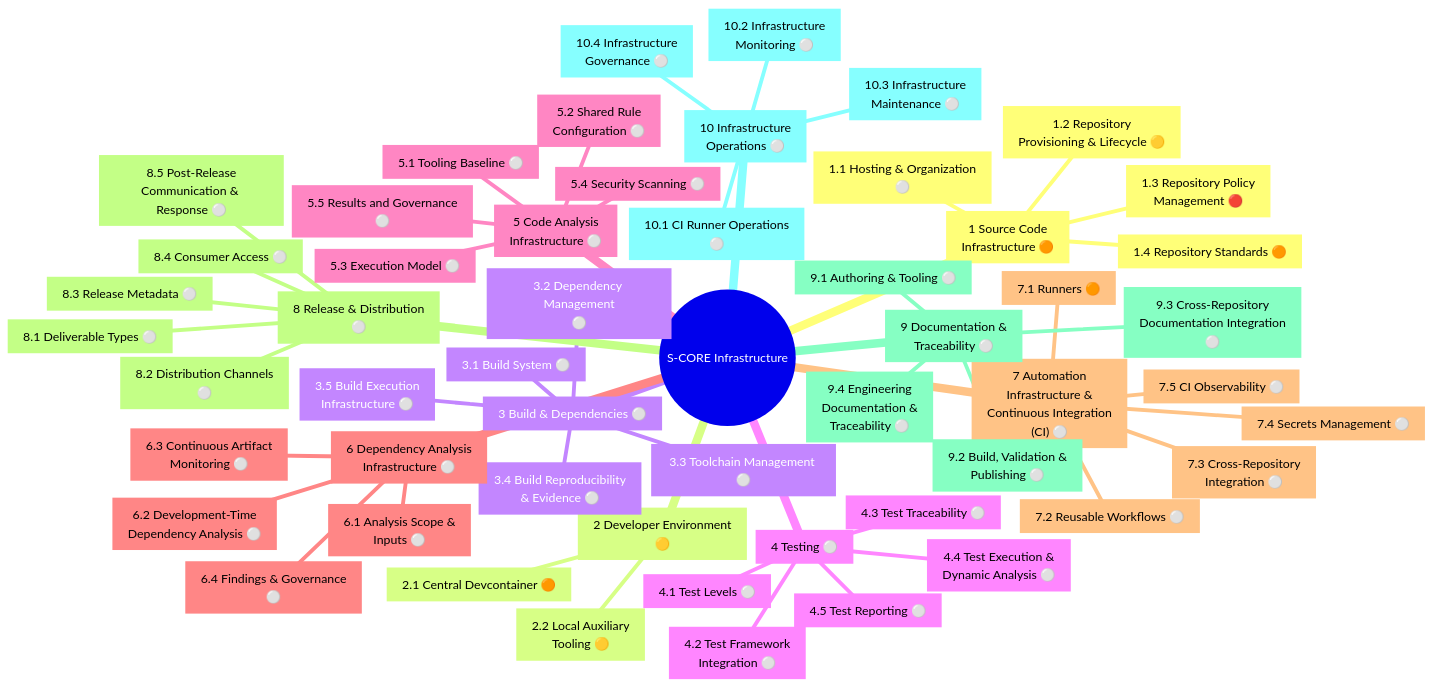
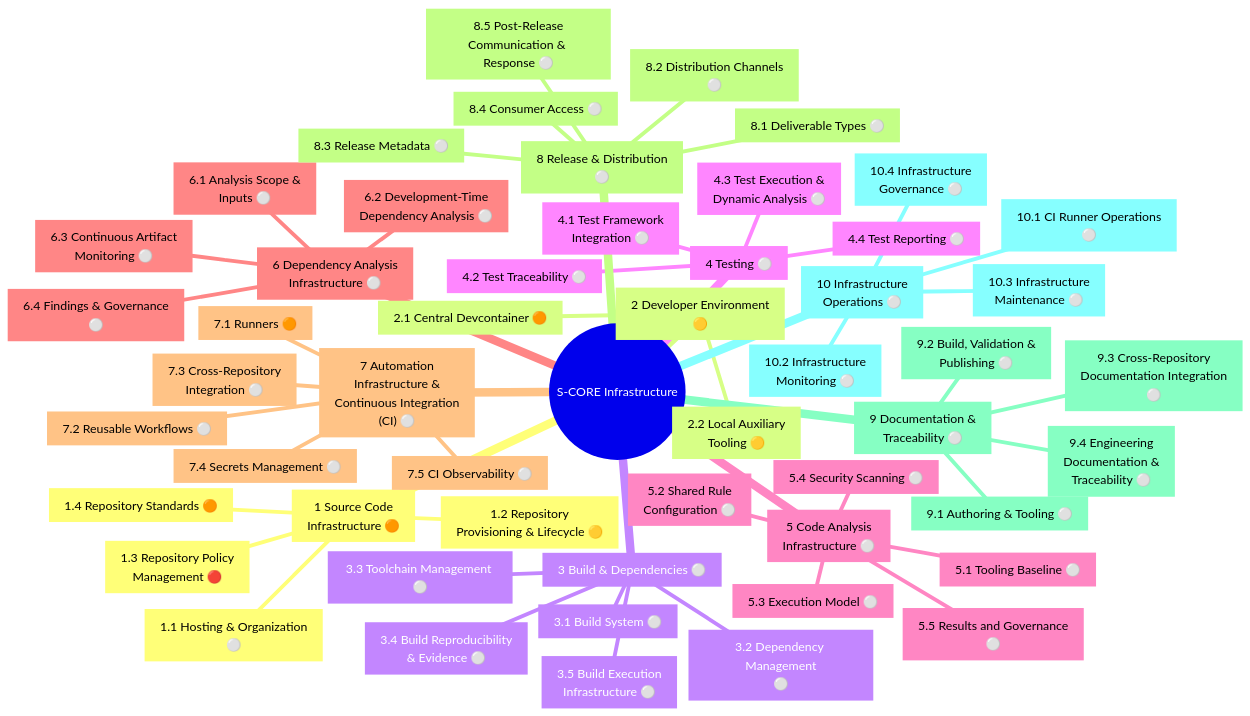
One commit to eclipse-score/infrastructure changed the diagram in docs/index.md. Above: the diagram before and after it, drawn with Mermaid. The commit also changed other lines of this file and 1 other file, not shown here.

Commit message:
wip: testing

````diff
--- a/docs/index.md
+++ b/docs/index.md
@@ -64,58 +64,57 @@
 ```mermaid
 %%{init: {'themeVariables': {'fontSize': '16px'}}}%%
 mindmap
   root((S-CORE Infrastructure))
     node_001["1 Source Code<br/>Infrastructure 🟠"]
       node_002["1.1 Hosting & Organization<br/>⚪"]
       node_003["1.2 Repository<br/>Provisioning & Lifecycle 🟡"]
       node_004["1.3 Repository Policy<br/>Management 🔴"]
       node_005["1.4 Repository Standards 🟠"]
     node_006["2 Developer Environment<br/>🟡"]
       node_007["2.1 Central Devcontainer 🟠"]
       node_008["2.2 Local Auxiliary<br/>Tooling 🟡"]
     node_009["3 Build & Dependencies ⚪"]
       node_010["3.1 Build System ⚪"]
       node_011["3.2 Dependency Management<br/>⚪"]
       node_012["3.3 Toolchain Management ⚪"]
       node_013["3.4 Build Reproducibility<br/>& Evidence ⚪"]
       node_014["3.5 Build Execution<br/>Infrastructure ⚪"]
     node_015["4 Testing ⚪"]
-      node_016["4.1 Test Levels ⚪"]
-      node_017["4.2 Test Framework<br/>Integration ⚪"]
-      node_018["4.3 Test Traceability ⚪"]
-      node_019["4.4 Test Execution &<br/>Dynamic Analysis ⚪"]
-      node_020["4.5 Test Reporting ⚪"]
-    node_021["5 Code Analysis<br/>Infrastructure ⚪"]
-      node_022["5.1 Tooling Baseline ⚪"]
-      node_023["5.2 Shared Rule<br/>Configuration ⚪"]
-      node_024["5.3 Execution Model ⚪"]
-      node_025["5.4 Security Scanning ⚪"]
-      node_026["5.5 Results and Governance<br/>⚪"]
-    node_027["6 Dependency Analysis<br/>Infrastructure ⚪"]
-      node_028["6.1 Analysis Scope &<br/>Inputs ⚪"]
-      node_029["6.2 Development-Time<br/>Dependency Analysis ⚪"]
-      node_030["6.3 Continuous Artifact<br/>Monitoring ⚪"]
-      node_031["6.4 Findings & Governance<br/>⚪"]
-    node_032["7 Automation<br/>Infrastructure &<br/>Continuous Integration<br/>(CI) ⚪"]
-      node_033["7.1 Runners 🟠"]
-      node_034["7.2 Reusable Workflows ⚪"]
-      node_035["7.3 Cross-Repository<br/>Integration ⚪"]
-      node_036["7.4 Secrets Management ⚪"]
-      node_037["7.5 CI Observability ⚪"]
-    node_038["8 Release & Distribution<br/>⚪"]
-      node_039["8.1 Deliverable Types ⚪"]
-      node_040["8.2 Distribution Channels<br/>⚪"]
-      node_041["8.3 Release Metadata ⚪"]
-      node_042["8.4 Consumer Access ⚪"]
-      node_043["8.5 Post-Release<br/>Communication & Response ⚪"]
-    node_044["9 Documentation &<br/>Traceability ⚪"]
-      node_045["9.1 Authoring & Tooling ⚪"]
-      node_046["9.2 Build, Validation &<br/>Publishing ⚪"]
-      node_047["9.3 Cross-Repository<br/>Documentation Integration<br/>⚪"]
-      node_048["9.4 Engineering<br/>Documentation &<br/>Traceability ⚪"]
-    node_049["10 Infrastructure<br/>Operations ⚪"]
-      node_050["10.1 CI Runner Operations<br/>⚪"]
-      node_051["10.2 Infrastructure<br/>Monitoring ⚪"]
-      node_052["10.3 Infrastructure<br/>Maintenance ⚪"]
-      node_053["10.4 Infrastructure<br/>Governance ⚪"]
+      node_016["4.1 Test Framework<br/>Integration ⚪"]
+      node_017["4.2 Test Traceability ⚪"]
+      node_018["4.3 Test Execution &<br/>Dynamic Analysis ⚪"]
+      node_019["4.4 Test Reporting ⚪"]
+    node_020["5 Code Analysis<br/>Infrastructure ⚪"]
+      node_021["5.1 Tooling Baseline ⚪"]
+      node_022["5.2 Shared Rule<br/>Configuration ⚪"]
+      node_023["5.3 Execution Model ⚪"]
+      node_024["5.4 Security Scanning ⚪"]
+      node_025["5.5 Results and Governance<br/>⚪"]
+    node_026["6 Dependency Analysis<br/>Infrastructure ⚪"]
+      node_027["6.1 Analysis Scope &<br/>Inputs ⚪"]
+      node_028["6.2 Development-Time<br/>Dependency Analysis ⚪"]
+      node_029["6.3 Continuous Artifact<br/>Monitoring ⚪"]
+      node_030["6.4 Findings & Governance<br/>⚪"]
+    node_031["7 Automation<br/>Infrastructure &<br/>Continuous Integration<br/>(CI) ⚪"]
+      node_032["7.1 Runners 🟠"]
+      node_033["7.2 Reusable Workflows ⚪"]
+      node_034["7.3 Cross-Repository<br/>Integration ⚪"]
+      node_035["7.4 Secrets Management ⚪"]
+      node_036["7.5 CI Observability ⚪"]
+    node_037["8 Release & Distribution<br/>⚪"]
+      node_038["8.1 Deliverable Types ⚪"]
+      node_039["8.2 Distribution Channels<br/>⚪"]
+      node_040["8.3 Release Metadata ⚪"]
+      node_041["8.4 Consumer Access ⚪"]
+      node_042["8.5 Post-Release<br/>Communication & Response ⚪"]
+    node_043["9 Documentation &<br/>Traceability ⚪"]
+      node_044["9.1 Authoring & Tooling ⚪"]
+      node_045["9.2 Build, Validation &<br/>Publishing ⚪"]
+      node_046["9.3 Cross-Repository<br/>Documentation Integration<br/>⚪"]
+      node_047["9.4 Engineering<br/>Documentation &<br/>Traceability ⚪"]
+    node_048["10 Infrastructure<br/>Operations ⚪"]
+      node_049["10.1 CI Runner Operations<br/>⚪"]
+      node_050["10.2 Infrastructure<br/>Monitoring ⚪"]
+      node_051["10.3 Infrastructure<br/>Maintenance ⚪"]
+      node_052["10.4 Infrastructure<br/>Governance ⚪"]
 ```
````
